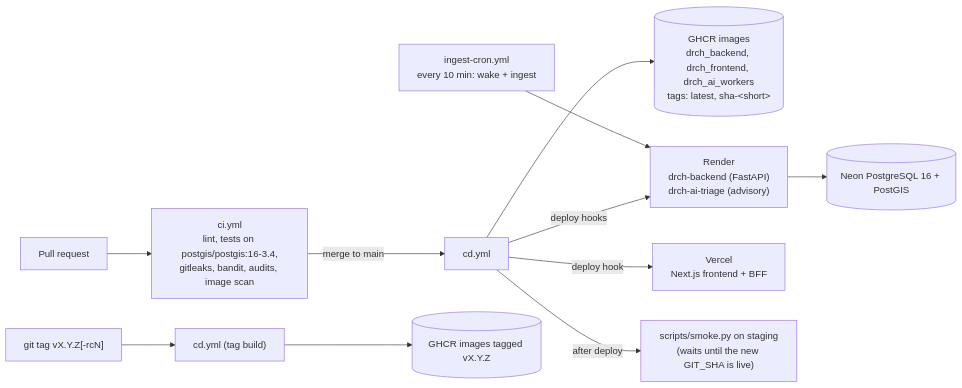
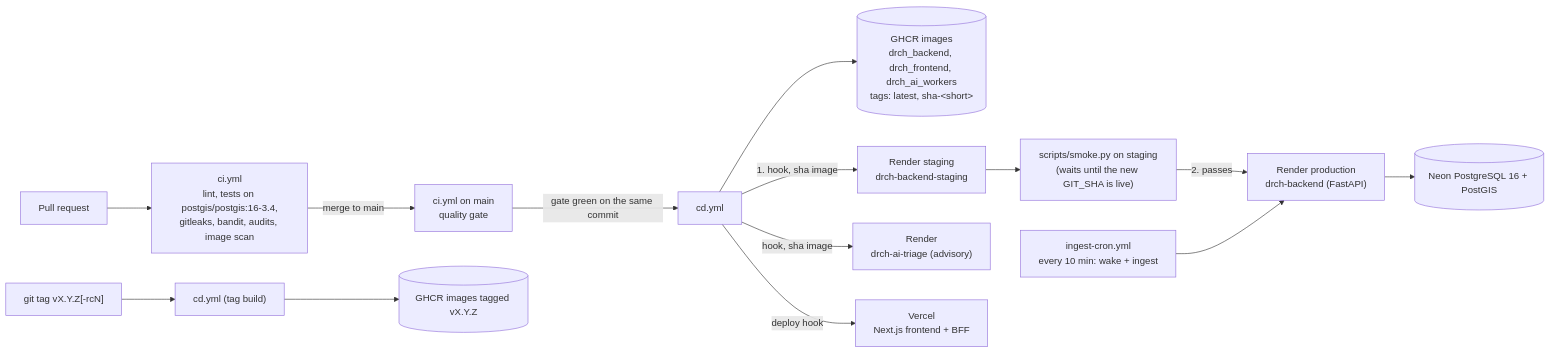
The second of 2 diagrams in docs/ARCHITECTURE.md (Siddhcreator-1706/IT314_Software_Project), drawn with Mermaid before and after one commit. The commit also changed other lines of this file and 5 other files, not shown here.

````diff
--- a/docs/ARCHITECTURE.md
+++ b/docs/ARCHITECTURE.md
@@ -331,12 +333,15 @@
 ```mermaid
 flowchart LR
     Dev["Pull request"] --> CI["ci.yml<br/>lint, tests on postgis/postgis:16-3.4,<br/>gitleaks, bandit, audits, image scan"]
-    CI -->|merge to main| CD["cd.yml"]
+    CI -->|merge to main| CIMain["ci.yml on main<br/>quality gate"]
+    CIMain -->|gate green on the same commit| CD["cd.yml"]
     CD --> GHCR[("GHCR images<br/>drch_backend, drch_frontend, drch_ai_workers<br/>tags: latest, sha-&lt;short&gt;")]
-    CD -->|deploy hooks| Render["Render<br/>drch-backend (FastAPI)<br/>drch-ai-triage (advisory)"]
+    CD -->|1. hook, sha image| Staging["Render staging<br/>drch-backend-staging"]
+    Staging --> Smoke["scripts/smoke.py on staging<br/>(waits until the new GIT_SHA is live)"]
+    Smoke -->|2. passes| Render["Render production<br/>drch-backend (FastAPI)"]
+    CD -->|hook, sha image| AI["Render<br/>drch-ai-triage (advisory)"]
     CD -->|deploy hook| Vercel["Vercel<br/>Next.js frontend + BFF"]
     Render --> Neon[("Neon PostgreSQL 16 + PostGIS")]
-    CD -->|after deploy| Smoke["scripts/smoke.py on staging<br/>(waits until the new GIT_SHA is live)"]
     Cron["ingest-cron.yml<br/>every 10 min: wake + ingest"] --> Render
     Tag["git tag vX.Y.Z[-rcN]"] --> CDTag["cd.yml (tag build)"] --> GHCRv[("GHCR images tagged vX.Y.Z")]
 ```
````
